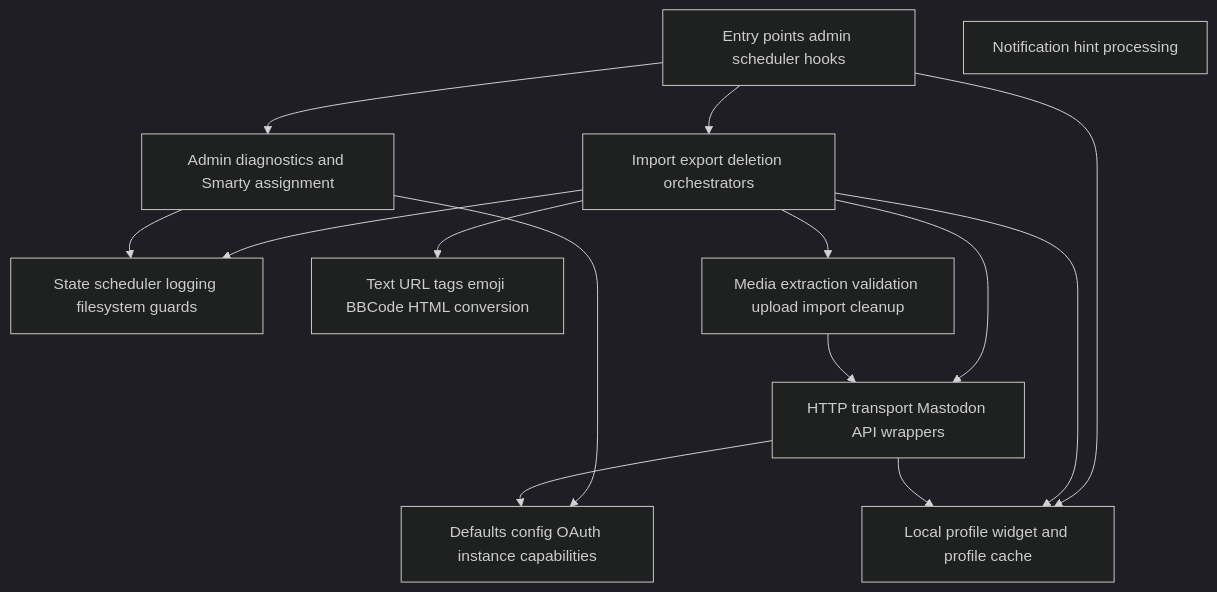
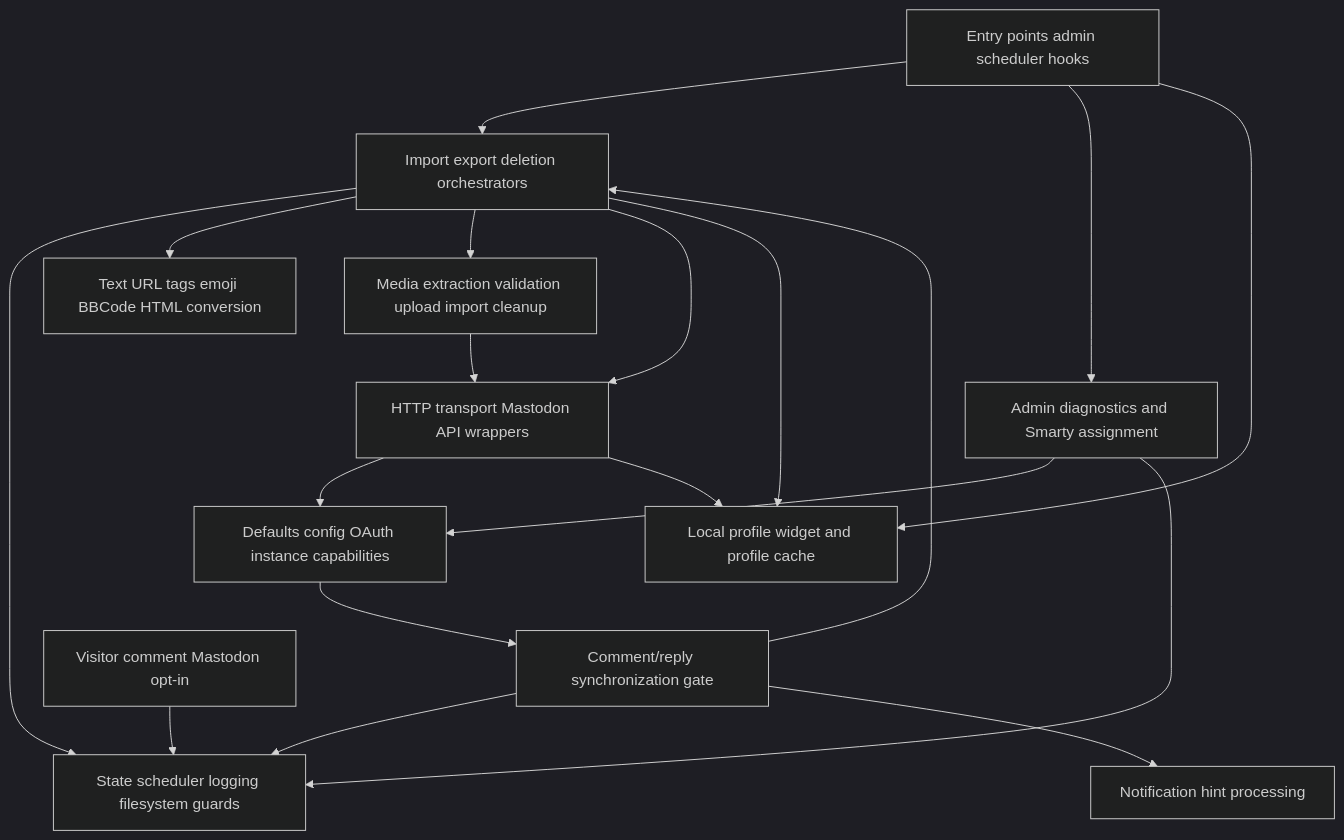
One commit to flatpressblog/flatpress changed the diagram in fp-plugins/mastodon/developer-docs/03-Function-Process-Matrix.md. Above: the diagram before and after it, drawn with Mermaid (dark theme). The commit also changed other lines of this file and 33 other files, not shown here.

````diff
--- a/fp-plugins/mastodon/developer-docs/03-Function-Process-Matrix.md
+++ b/fp-plugins/mastodon/developer-docs/03-Function-Process-Matrix.md
@@ -42,27 +48,34 @@
 ```mermaid
 flowchart TD
     EntryPoints[Entry points admin scheduler hooks]
     Config[Defaults config OAuth instance capabilities]
+    CommentReplyGate[Comment/reply synchronization gate]
+    CommentOptin[Visitor comment Mastodon opt-in]
     State[State scheduler logging filesystem guards]
     Text[Text URL tags emoji BBCode HTML conversion]
     Media[Media extraction validation upload import cleanup]
     API[HTTP transport Mastodon API wrappers]
     Sync[Import export deletion orchestrators]
     Notifications[Notification hint processing]
     Admin[Admin diagnostics and Smarty assignment]
     Widget[Local profile widget and profile cache]
 
     EntryPoints --> Sync
+    Config --> CommentReplyGate
+    CommentReplyGate --> Sync
+    CommentReplyGate --> State
+    CommentOptin --> State
+    CommentReplyGate --> Notifications
     EntryPoints --> Admin
     EntryPoints --> Widget
     Sync --> State
     Sync --> Text
     Sync --> Media
     Sync --> API
     Sync --> Widget
     Admin --> Config
     Admin --> State
     API --> Config
     API --> Widget
     Media --> API
 ```
````
